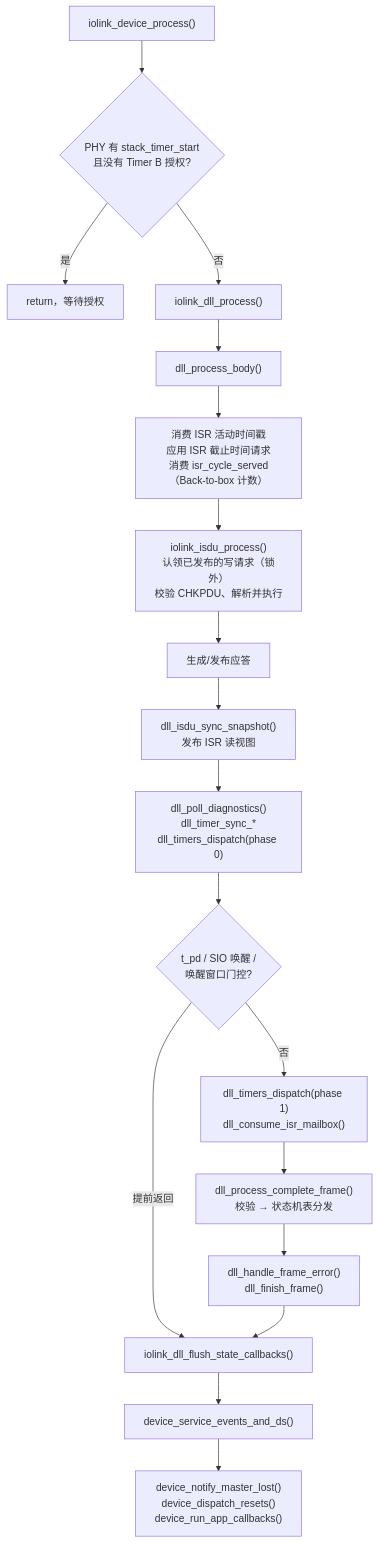
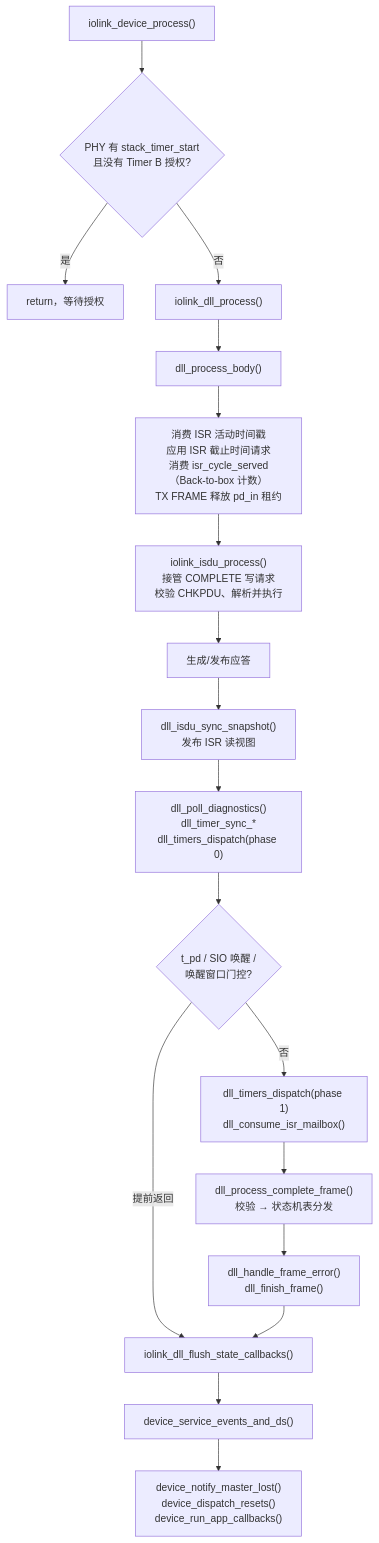
One commit to Adlyq/iolinki changed the fifth of 17 diagrams in docs/CODE_FLOW.md. Above: the diagram before and after it, drawn with Mermaid. The commit also changed other lines of this file and 29 other files, not shown here.

````diff
--- a/docs/CODE_FLOW.md
+++ b/docs/CODE_FLOW.md
@@ -324,20 +324,20 @@
 ```mermaid
 flowchart TD
     A["iolink_device_process()"] --> B{"PHY 有 stack_timer_start<br/>且没有 Timer B 授权?"}
     B -- 是 --> Z["return，等待授权"]
     B -- 否 --> C["iolink_dll_process()"]
     C --> C1["dll_process_body()"]
-    C1 --> C2["消费 ISR 活动时间戳<br/>应用 ISR 截止时间请求<br/>消费 isr_cycle_served（Back-to-box 计数）"]
-    C2 --> D["iolink_isdu_process()<br/>认领已发布的写请求（锁外）<br/>校验 CHKPDU、解析并执行"]
+    C1 --> C2["消费 ISR 活动时间戳<br/>应用 ISR 截止时间请求<br/>消费 isr_cycle_served（Back-to-box 计数）<br/>TX FRAME 释放 pd_in 租约"]
+    C2 --> D["iolink_isdu_process()<br/>接管 COMPLETE 写请求<br/>校验 CHKPDU、解析并执行"]
     D --> E["生成/发布应答"]
     E --> F["dll_isdu_sync_snapshot()<br/>发布 ISR 读视图"]
     F --> G["dll_poll_diagnostics()<br/>dll_timer_sync_*<br/>dll_timers_dispatch(phase 0)"]
     G --> G1{"t_pd / SIO 唤醒 /<br/>唤醒窗口门控?"}
     G1 -- 提前返回 --> H
     G1 -- 否 --> G2["dll_timers_dispatch(phase 1)<br/>dll_consume_isr_mailbox()"]
     G2 --> K["dll_process_complete_frame()<br/>校验 → 状态机表分发"]
     K --> K1["dll_handle_frame_error()<br/>dll_finish_frame()"]
     K1 --> H["iolink_dll_flush_state_callbacks()"]
     H --> L["device_service_events_and_ds()"]
     L --> M["device_notify_master_lost()<br/>device_dispatch_resets()<br/>device_run_app_callbacks()"]
 ```
````
